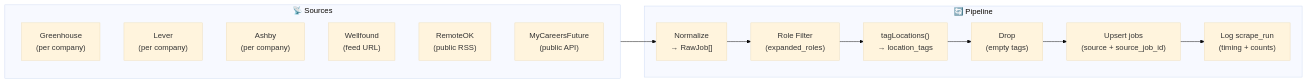
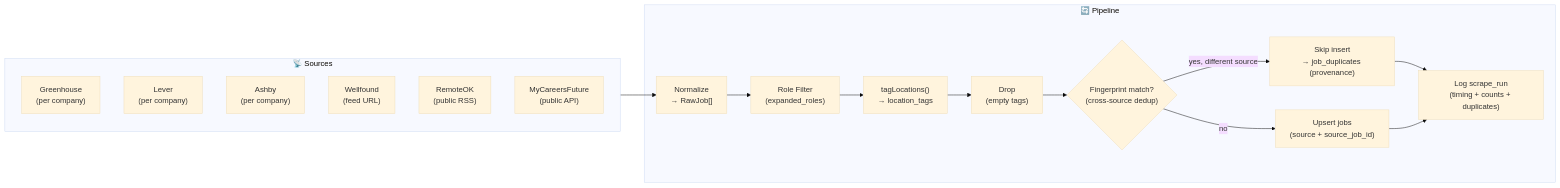
The third of 8 diagrams in design/architecture.md (sahidhh/job-scraper), drawn with Mermaid (base theme) before and after one commit. The commit also changed other lines of this file and 29 other files, not shown here.

First line of the commit message:
feat(jobs): cross-source duplicate detection + company normalization

````diff
--- a/design/architecture.md
+++ b/design/architecture.md
@@ -103,22 +103,26 @@
 ```mermaid
 flowchart LR
     subgraph sources ["📡 Sources"]
         GH["Greenhouse\n(per company)"]
         LV["Lever\n(per company)"]
         AS["Ashby\n(per company)"]
         WF["Wellfound\n(feed URL)"]
         RO["RemoteOK\n(public RSS)"]
         MC["MyCareersFuture\n(public API)"]
     end
 
     subgraph pipeline ["🔄 Pipeline"]
         N["Normalize\n→ RawJob[]"]
         F["Role Filter\n(expanded_roles)"]
         T["tagLocations()\n→ location_tags"]
         D["Drop\n(empty tags)"]
+        FP{"Fingerprint match?\n(cross-source dedup)"}
+        SKIP["Skip insert\n→ job_duplicates (provenance)"]
         U["Upsert jobs\n(source + source_job_id)"]
-        L["Log scrape_run\n(timing + counts)"]
+        L["Log scrape_run\n(timing + counts + duplicates)"]
     end
 
-    sources --> N --> F --> T --> D --> U --> L
+    sources --> N --> F --> T --> D --> FP
+    FP -- "yes, different source" --> SKIP --> L
+    FP -- "no" --> U --> L
 ```
````
